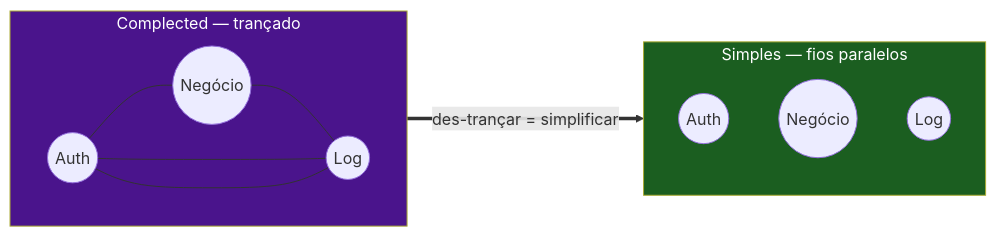
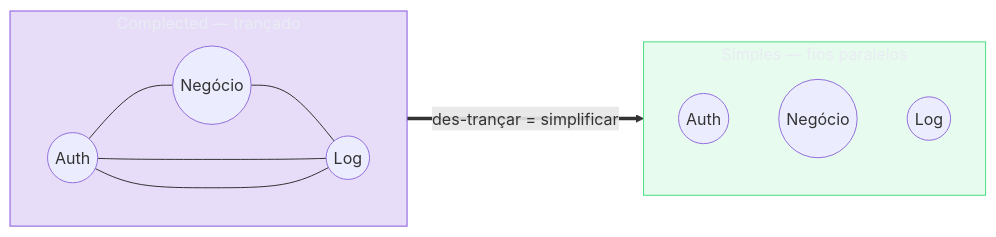
The second of 4 diagrams in 03-Dominios/Engenharia/Complexidade de Software/03 - Simplicidade não é facilidade.md (josenaldo/codex-technomanticus), drawn with Mermaid before and after one commit. The commit also changed other lines of this file and 1181 other files, not shown here.

First line of the commit message:
fix(diagramas): paleta do sistema no lugar de cor cravada no markdown

````diff
--- a/03-Dominios/Engenharia/Complexidade de Software/03 - Simplicidade não é facilidade.md
+++ b/03-Dominios/Engenharia/Complexidade de Software/03 - Simplicidade não é facilidade.md
@@ -105,19 +109,21 @@
 ```mermaid
 flowchart LR
+    classDef marca fill:#8855DF33,stroke:#8855DF,color:#E9ECF2
+    classDef ok fill:#4ADE8021,stroke:#4ADE80,color:#E9ECF2
     subgraph CX["Complected — trançado"]
         direction LR
         c1(("Auth")) --- c2(("Negócio"))
         c2 --- c3(("Log"))
         c3 --- c1
         c1 --- c3
     end
     subgraph SI["Simples — fios paralelos"]
         direction TB
         s1(("Auth"))
         s2(("Negócio"))
         s3(("Log"))
     end
     CX ==>|"des-trançar = simplificar"| SI
-    style CX fill:#4a148c,color:#fff
-    style SI fill:#1b5e20,color:#fff
+    class CX marca
+    class SI ok
 ```
````
